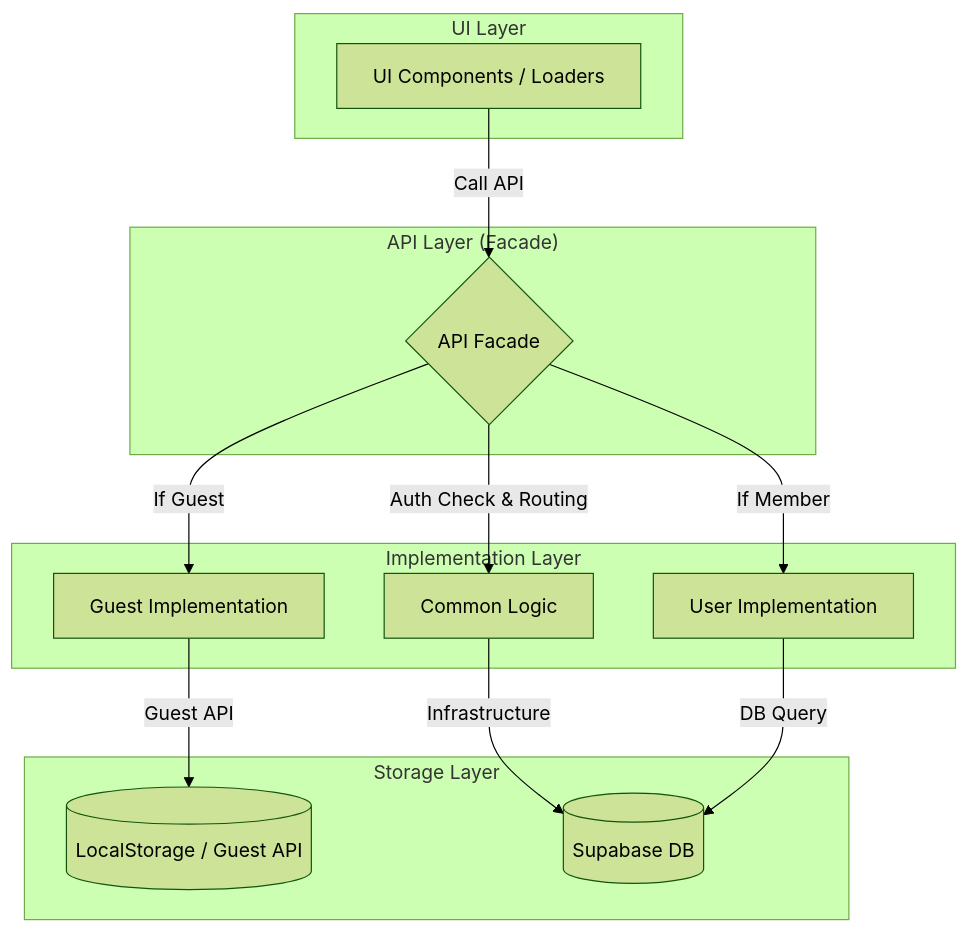
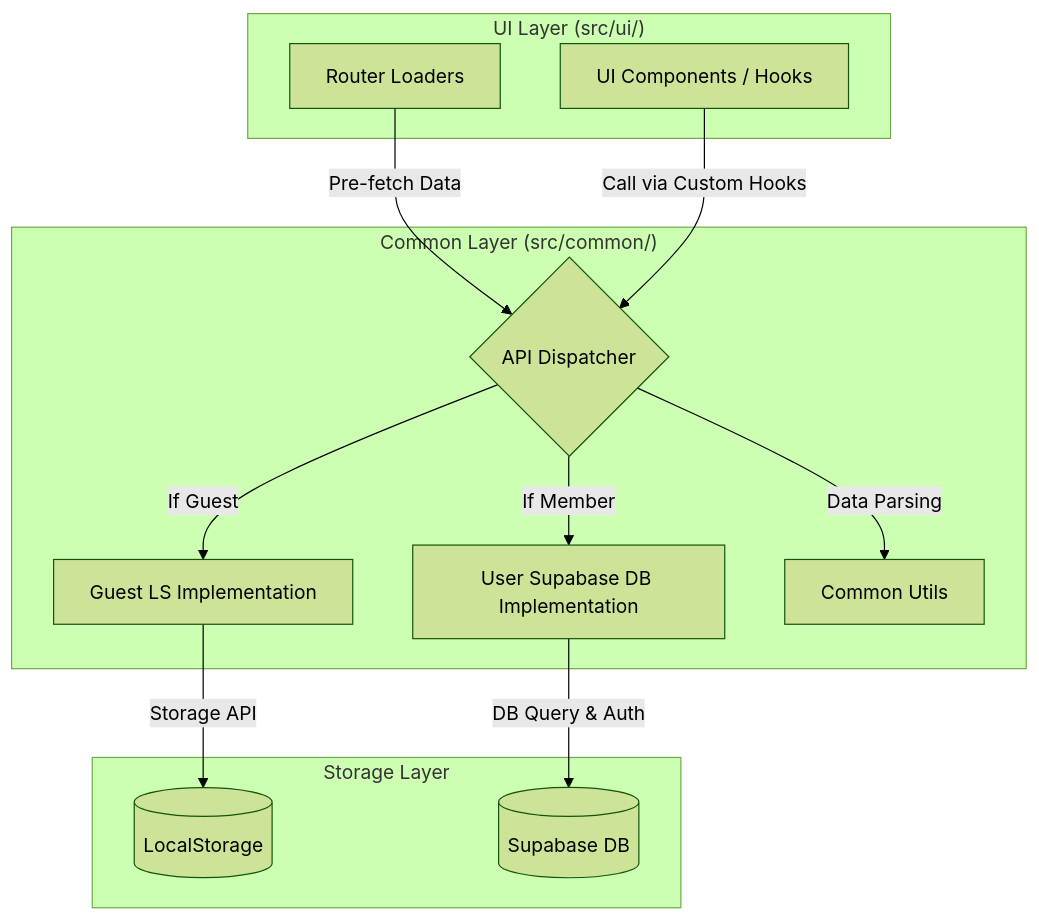
One commit to funnyhun/funny-voca changed the diagram in docs/data-flow.md. Above: the diagram before and after it, drawn with Mermaid (forest theme). The commit also changed other lines of this file and 173 other files, not shown here.

````diff
--- a/docs/data-flow.md
+++ b/docs/data-flow.md
@@ -22,31 +21,29 @@
 ```mermaid
 graph TD
-    subgraph "UI Layer"
-        View[UI Components / Loaders]
+    subgraph "UI Layer (src/ui/)"
+        View[UI Components / Hooks]
+        Router[Router Loaders]
     end
 
-    subgraph "API Layer (Facade)"
-        Facade{API Facade}
-    end
-
-    subgraph "Implementation Layer"
-        Common[Common Logic]
-        Guest[Guest Implementation]
-        User[User Implementation]
+    subgraph "Common Layer (src/common/)"
+        API{API Dispatcher}
+        Guest[Guest LS Implementation]
+        User[User Supabase DB Implementation]
+        Utils[Common Utils]
     end
 
     subgraph "Storage Layer"
-        LS[(LocalStorage / Guest API)]
+        LS[(LocalStorage)]
         DB[(Supabase DB)]
     end
 
     %% Flow
-    View -- "Call API" --> Facade
-    Facade -- "Auth Check & Routing" --> Common
-    Facade -- "If Guest" --> Guest
-    Facade -- "If Member" --> User
-
-    Common -- "Infrastructure" --> DB
-    Guest -- "Guest API" --> LS
-    User -- "DB Query" --> DB
+    Router -- "Pre-fetch Data" --> API
+    View -- "Call via Custom Hooks" --> API
+    API -- "If Guest" --> Guest
+    API -- "If Member" --> User
+    
+    Guest -- "Storage API" --> LS
+    User -- "DB Query & Auth" --> DB
+    API -- "Data Parsing" --> Utils
 ```
````
